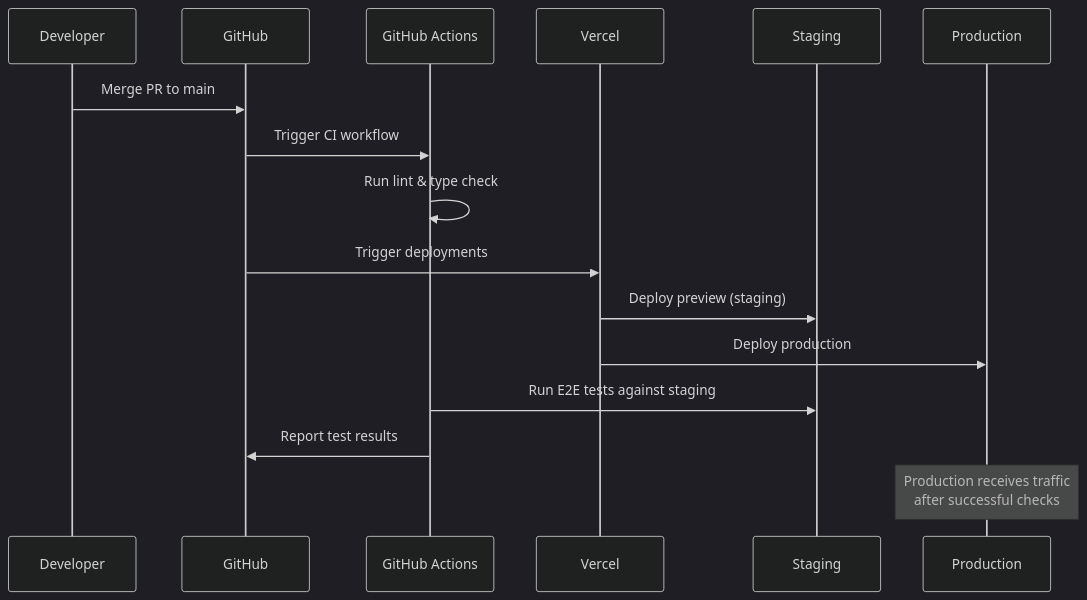
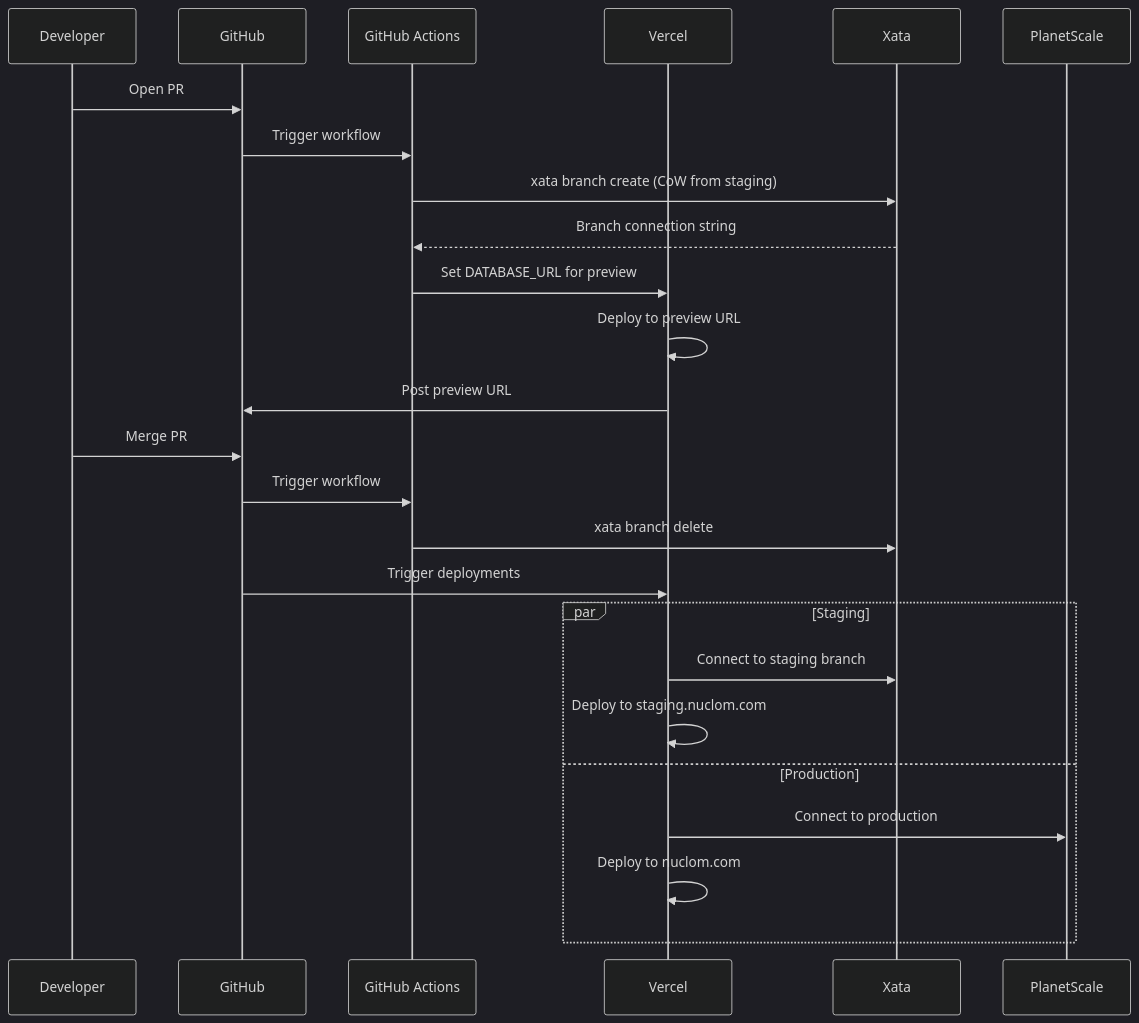
The fourth of 4 diagrams in docs/internal/architecture/deployment-environments.md (nuclom/nuclom), drawn with Mermaid (dark theme) before and after one commit. The commit also changed other lines of this file, not shown here.

````diff
--- a/docs/internal/architecture/deployment-environments.md
+++ b/docs/internal/architecture/deployment-environments.md
@@ -380,19 +235,29 @@
 ```mermaid
 sequenceDiagram
     participant Dev as Developer
     participant GH as GitHub
     participant CI as GitHub Actions
     participant V as Vercel
-    participant S as Staging
-    participant P as Production
+    participant X as Xata
+    participant PS as PlanetScale
 
-    Dev->>GH: Merge PR to main
-    GH->>CI: Trigger CI workflow
-    CI->>CI: Run lint & type check
+    Dev->>GH: Open PR
+    GH->>CI: Trigger workflow
+    CI->>X: xata branch create (CoW from staging)
+    X-->>CI: Branch connection string
+    CI->>V: Set DATABASE_URL for preview
+    V->>V: Deploy to preview URL
+    V->>GH: Post preview URL
+
+    Dev->>GH: Merge PR
+    GH->>CI: Trigger workflow
+    CI->>X: xata branch delete
     GH->>V: Trigger deployments
-    V->>S: Deploy preview (staging)
-    V->>P: Deploy production
-    CI->>S: Run E2E tests against staging
-    CI->>GH: Report test results
-    Note over P: Production receives traffic<br/>after successful checks
+    par Staging
+        V->>X: Connect to staging branch
+        V->>V: Deploy to staging.nuclom.com
+    and Production
+        V->>PS: Connect to production
+        V->>V: Deploy to nuclom.com
+    end
 ```
````
